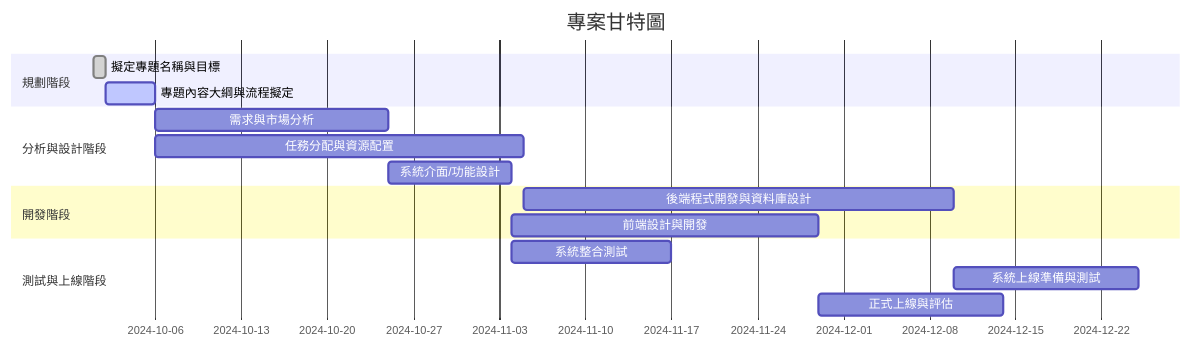
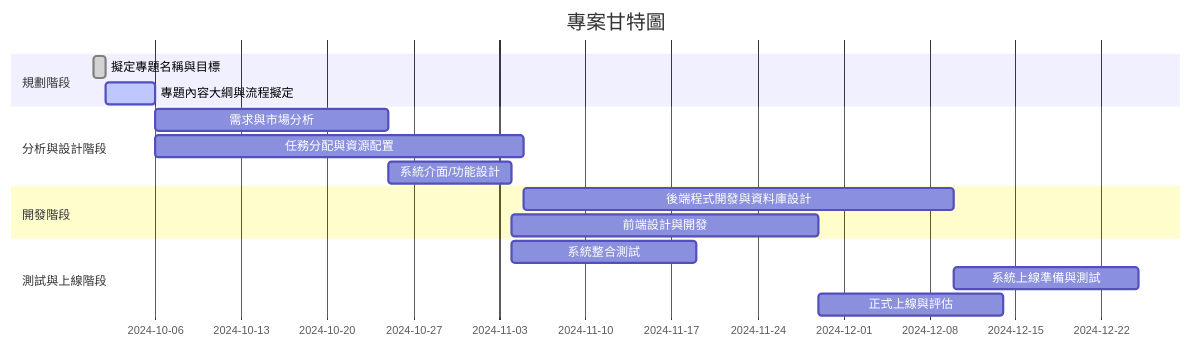
One commit to zoeyyy-93/113_CourseTopics changed the second of 2 diagrams in README.md. Above: the diagram before and after it, drawn with Mermaid.

````diff
--- a/README.md
+++ b/README.md
@@ -32,22 +32,22 @@
 ```mermaid
 gantt
     title 專案甘特圖
     dateFormat  YYYY-MM-DD
     section 規劃階段
     擬定專題名稱與目標        :done,    a1, 2024-010-01, 1d
     專題內容大綱與流程擬定        :active,  a2, after a1, 4d
 
     section 分析與設計階段
     需求與市場分析           :         a3, after a2, 19d
     任務分配與資源配置        :        a4, after a2, 30d
     系統介面/功能設計                :       a5, after a3, 10d
 
     section 開發階段
     後端程式開發與資料庫設計      :        a6, after a4, 35d
     前端設計與開發           :        a7, after a5, 25d
 
     section 測試與上線階段
-    系統整合測試            :        a8, after a5, 13d
+    系統整合測試            :        a8, after a5, 15d
     系統上線準備與測試        :        a9, after a6, 15d
     正式上線與評估           :        a10, after a7, 15d
 ```
````
